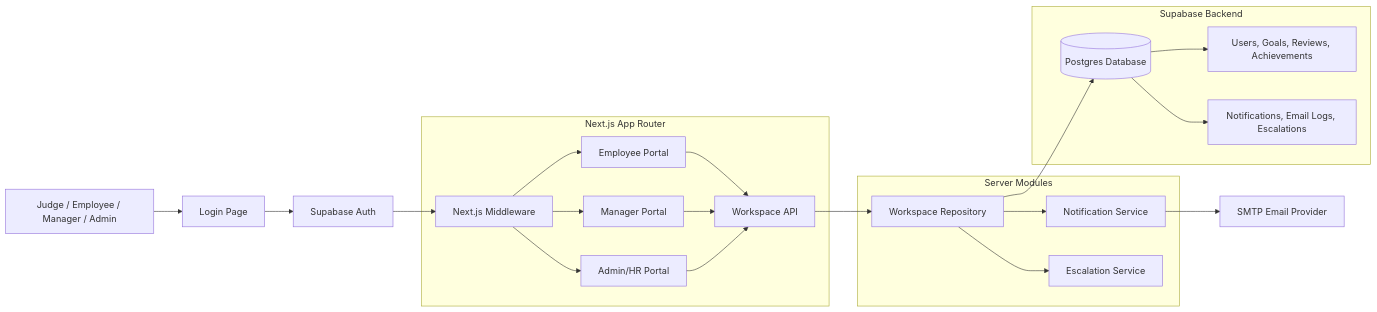
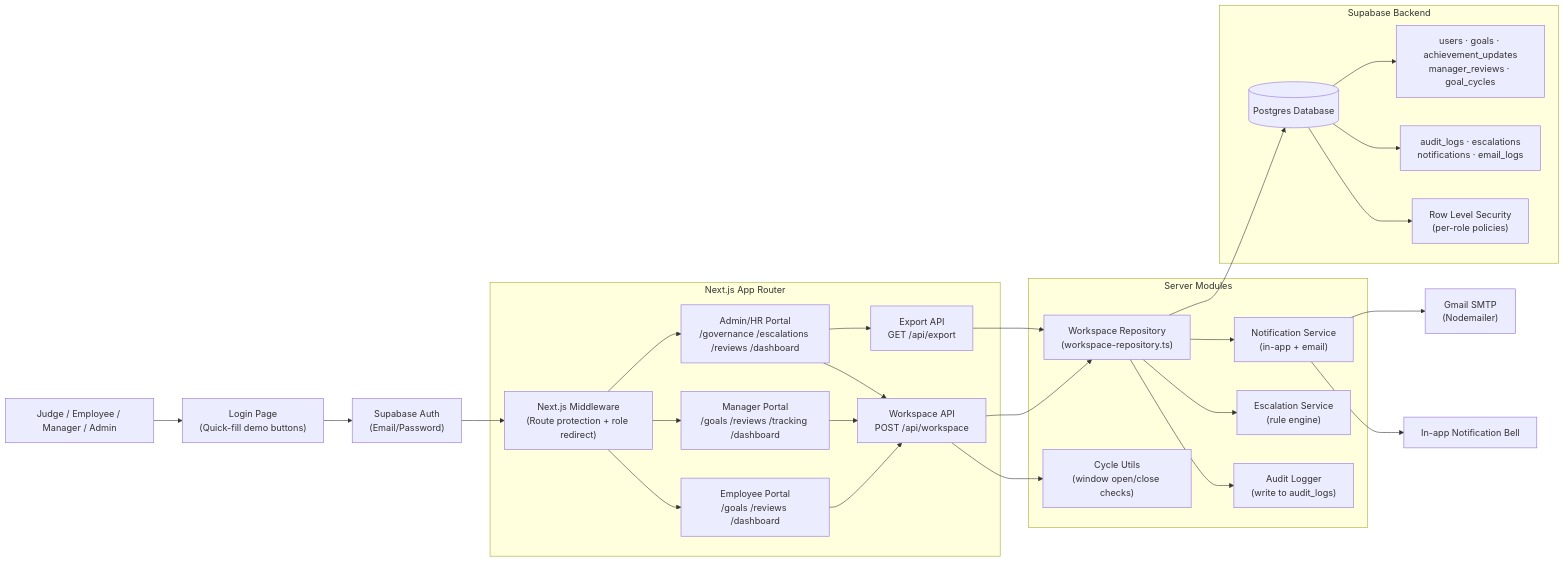
The first of 5 diagrams in README.md (SharadhamGupta/In-House-Goal-Setting-Tracking-Portal), drawn with Mermaid before and after one commit. The commit also changed other lines of this file, not shown here.

Commit message:
Update README with project details and live demo

````diff
--- a/README.md
+++ b/README.md
@@ -132,29 +148,35 @@
 ```mermaid
 flowchart LR
-  User["Judge / Employee / Manager / Admin"] --> Login["Login Page"]
-  Login --> Auth["Supabase Auth"]
-  Auth --> Middleware["Next.js Middleware"]
+  User["Judge / Employee / Manager / Admin"] --> Login["Login Page\n(Quick-fill demo buttons)"]
+  Login --> Auth["Supabase Auth\n(Email/Password)"]
+  Auth --> Middleware["Next.js Middleware\n(Route protection + role redirect)"]
 
   subgraph App["Next.js App Router"]
-    Middleware --> Employee["Employee Portal"]
-    Middleware --> Manager["Manager Portal"]
-    Middleware --> Admin["Admin/HR Portal"]
-    Employee --> API["Workspace API"]
+    Middleware --> Employee["Employee Portal\n/goals /reviews /dashboard"]
+    Middleware --> Manager["Manager Portal\n/goals /reviews /tracking /dashboard"]
+    Middleware --> Admin["Admin/HR Portal\n/governance /escalations /reviews /dashboard"]
+    Employee --> API["Workspace API\nPOST /api/workspace"]
     Manager --> API
     Admin --> API
+    Admin --> ExportAPI["Export API\nGET /api/export"]
   end
 
   subgraph Server["Server Modules"]
-    API --> Repository["Workspace Repository"]
-    Repository --> NotificationService["Notification Service"]
-    Repository --> EscalationService["Escalation Service"]
+    API --> Repository["Workspace Repository\n(workspace-repository.ts)"]
+    API --> CycleUtils["Cycle Utils\n(window open/close checks)"]
+    Repository --> NotificationService["Notification Service\n(in-app + email)"]
+    Repository --> EscalationService["Escalation Service\n(rule engine)"]
+    Repository --> AuditService["Audit Logger\n(write to audit_logs)"]
+    ExportAPI --> Repository
   end
 
   subgraph Supabase["Supabase Backend"]
     Repository --> Database[("Postgres Database")]
-    Database --> Tables["Users, Goals, Reviews, Achievements"]
-    Database --> OpsTables["Notifications, Email Logs, Escalations"]
+    Database --> CoreTables["users · goals · achievement_updates\nmanager_reviews · goal_cycles"]
+    Database --> GovTables["audit_logs · escalations\nnotifications · email_logs"]
+    Database --> RLS["Row Level Security\n(per-role policies)"]
   end
 
-  NotificationService --> Email["SMTP Email Provider"]
+  NotificationService --> Email["Gmail SMTP\n(Nodemailer)"]
+  NotificationService --> InApp["In-app Notification Bell"]
 ```
````
